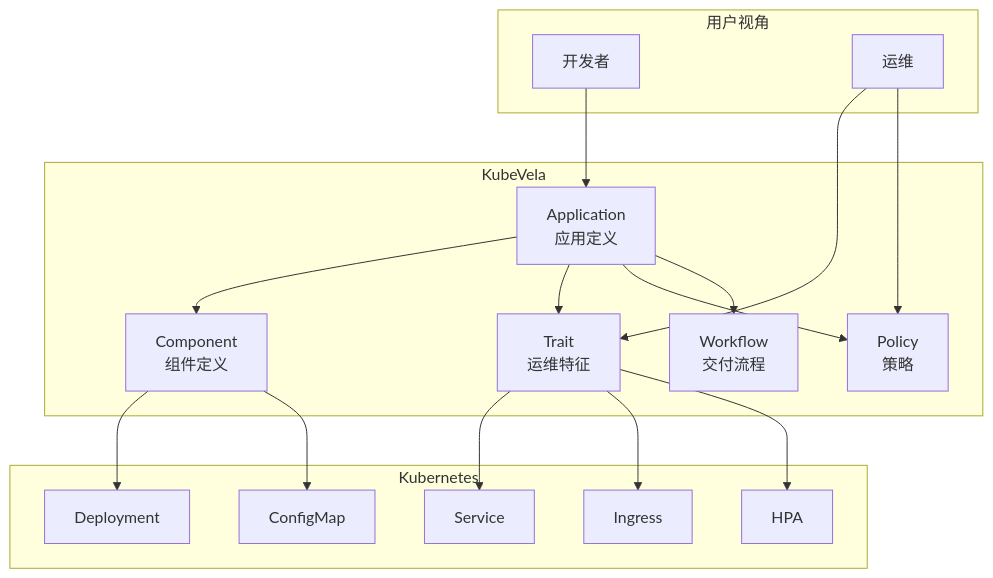
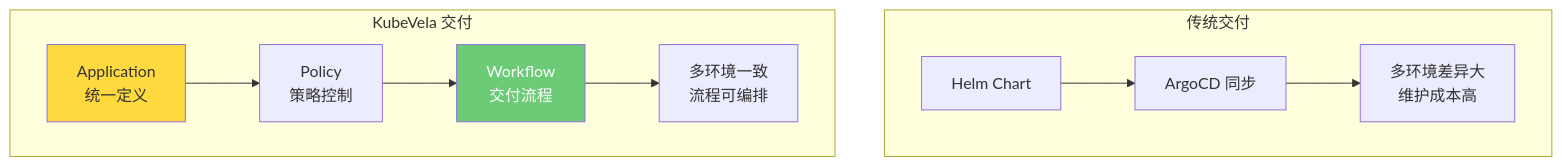
One commit to moklgydocs/moklgydocs.github.io changed the sixth of 11 diagrams in src/运维与部署/Docker_K8s/08_云原生生态/03_云原生工具链.md. Above: the diagram before and after it, drawn with Mermaid. The commit also changed other lines of this file and 1 other file, not shown here.

````diff
--- a/src/运维与部署/Docker_K8s/08_云原生生态/03_云原生工具链.md
+++ b/src/运维与部署/Docker_K8s/08_云原生生态/03_云原生工具链.md
@@ -423,38 +651,16 @@
 ```mermaid
-flowchart TB
-    subgraph 用户视角
-        Dev["开发者"]
-        Ops["运维"]
+graph TB
+    subgraph "传统交付"
+        A1["Helm Chart"] --> B1["ArgoCD 同步"]
+        B1 --> C1["多环境差异大<br/>维护成本高"]
     end
 
-    subgraph KubeVela
-        App["Application<br/>应用定义"]
-        Comp["Component<br/>组件定义"]
-        Trait["Trait<br/>运维特征"]
-        Policy["Policy<br/>策略"]
-        Workflow["Workflow<br/>交付流程"]
+    subgraph "KubeVela 交付"
+        A2["Application<br/>统一定义"] --> B2["Policy<br/>策略控制"]
+        B2 --> C2["Workflow<br/>交付流程"]
+        C2 --> D2["多环境一致<br/>流程可编排"]
     end
 
-    subgraph Kubernetes
-        Deploy["Deployment"]
-        SVC["Service"]
-        Route["Ingress"]
-        HPA["HPA"]
-        CM["ConfigMap"]
-    end
-
-    Dev --> App
-    Ops --> Trait
-    Ops --> Policy
-
-    App --> Comp
-    App --> Trait
-    App --> Policy
-    App --> Workflow
-
-    Comp --> Deploy
-    Trait --> SVC
-    Trait --> Route
-    Trait --> HPA
-    Comp --> CM
+    style A2 fill:#ffd93d,color:#333
+    style C2 fill:#6bcb77,color:#fff
 ```
````
